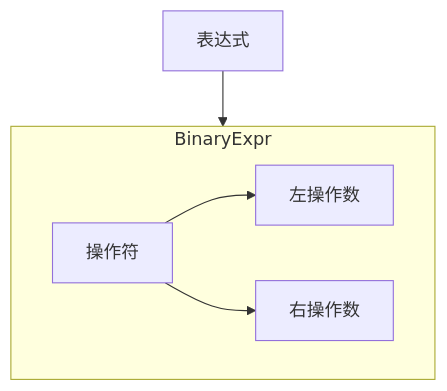
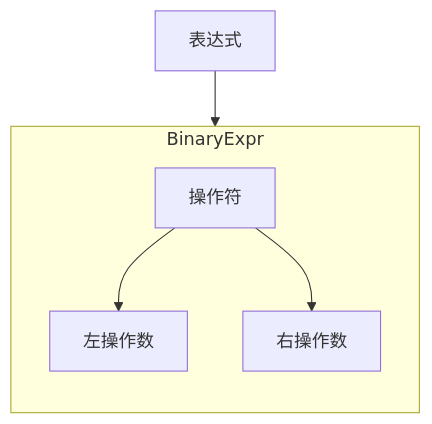
Before and after one commit to nielinjie/bian-lang: the first of 4 diagrams in doc/1.md, drawn with Mermaid.

````diff
--- a/doc/1.md
+++ b/doc/1.md
@@ -5,8 +5,9 @@
 ```mermaid
 flowchart TB
-    Z[表达式] --> BinaryExpr
-    subgraph BinaryExpr
-    A[操作符] --> B[左操作数]
-    A --> C[右操作数]
+    Z[表达式] --> BE
+    subgraph BE [BinaryExpr]
+        direction TB    
+        A[操作符] --> B[左操作数]
+        A --> C[右操作数]
     end
 ```
````
